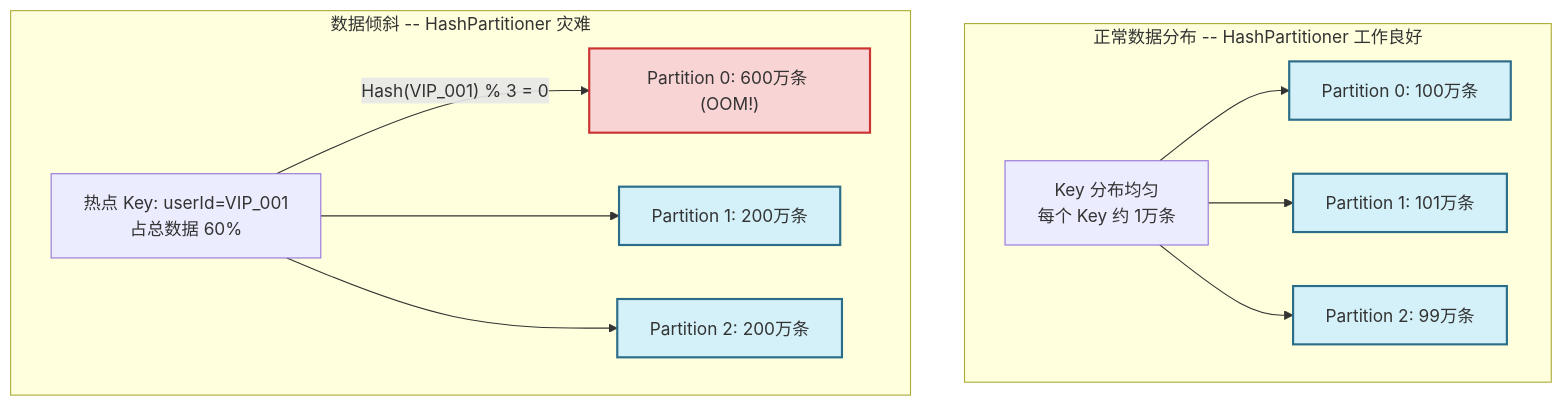
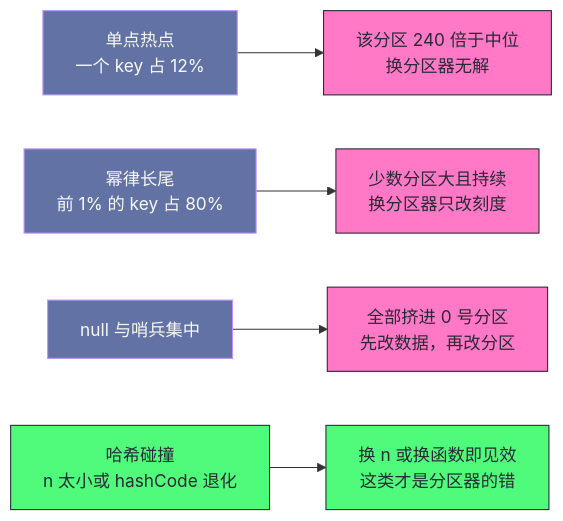
One commit to hpliStartAgain/my-brain changed the second of 6 diagrams in content/大数据/Spark/Spark-RDD核心原理解析/07 分区器（Partitioner）：分布式数据布局的数学逻辑与数据倾斜攻坚.md. Above: the diagram before and after it, drawn with Mermaid. The commit also changed other lines of this file and 455 other files, not shown here.

````diff
--- a/content/大数据/Spark/Spark-RDD核心原理解析/07 分区器（Partitioner）：分布式数据布局的数学逻辑与数据倾斜攻坚.md
+++ b/content/大数据/Spark/Spark-RDD核心原理解析/07 分区器（Partitioner）：分布式数据布局的数学逻辑与数据倾斜攻坚.md
@@ -102,27 +86,14 @@
 ```mermaid
-graph TD
-    subgraph "正常数据分布 -- HashPartitioner 工作良好"
-        N1["Key 分布均匀</br>每个 Key 约 1万条"]
-        N2["Partition 0: 100万条"]
-        N3["Partition 1: 101万条"]
-        N4["Partition 2: 99万条"]
-        N1 --> N2
-        N1 --> N3
-        N1 --> N4
-    end
-
-    subgraph "数据倾斜 -- HashPartitioner 灾难"
-        S1["热点 Key: userId=VIP_001</br>占总数据 60%"]
-        S2["Partition 0: 600万条 (OOM!)"]
-        S3["Partition 1: 200万条"]
-        S4["Partition 2: 200万条"]
-        S1 -->|"Hash(VIP_001) % 3 = 0"| S2
-        S1 --> S3
-        S1 --> S4
-    end
-
-    classDef skew fill:#f9d4d4,stroke:#cc3333,stroke-width:2px;
-    classDef ok fill:#d4f1f9,stroke:#2c6e8a,stroke-width:2px;
-    class S2 skew;
-    class N2,N3,N4,S3,S4 ok;
+%%{init: {'theme': 'dracula'}}%%
+flowchart LR
+    S1["单点热点<br/>一个 key 占 12%"] --> T1["该分区 240 倍于中位<br/>换分区器无解"]
+    S2["幂律长尾<br/>前 1% 的 key 占 80%"] --> T2["少数分区大且持续<br/>换分区器只改刻度"]
+    S3["null 与哨兵集中"] --> T3["全部挤进 0 号分区<br/>先改数据，再改分区"]
+    S4["哈希碰撞<br/>n 太小或 hashCode 退化"] --> T4["换 n 或换函数即见效<br/>这类才是分区器的错"]
+    classDef s fill:#6272a4,stroke:#bd93f9,color:#f8f8f2
+    classDef bad fill:#ff79c6,stroke:#282a36,color:#282a36
+    classDef ok fill:#50fa7b,stroke:#282a36,color:#282a36
+    class S1,S2,S3 s
+    class T1,T2,T3 bad
+    class S4,T4 ok
 ```
````
